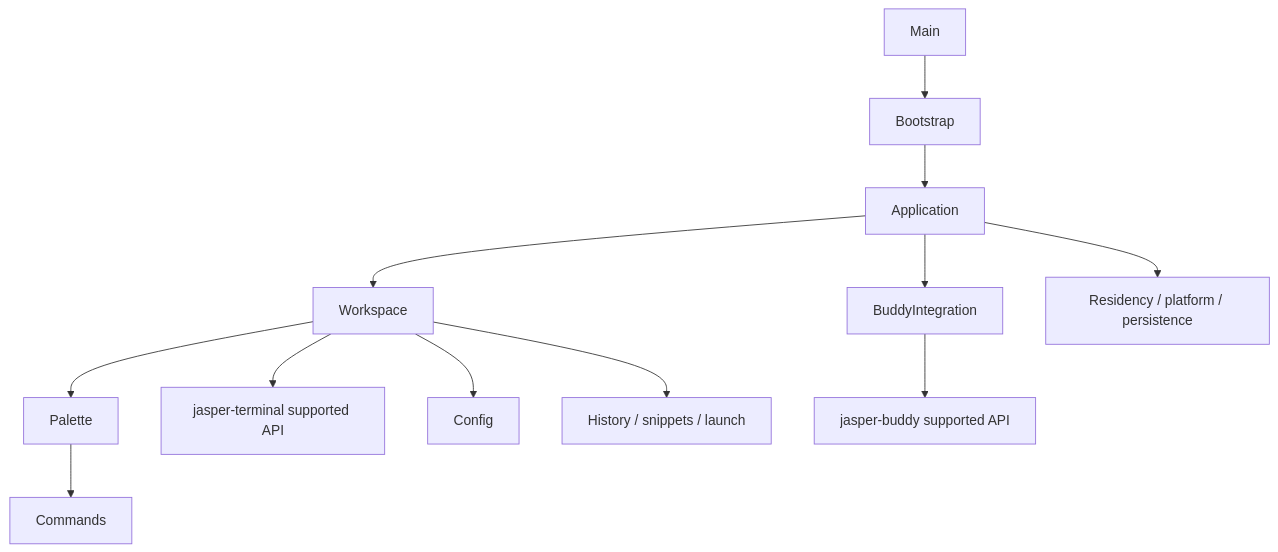
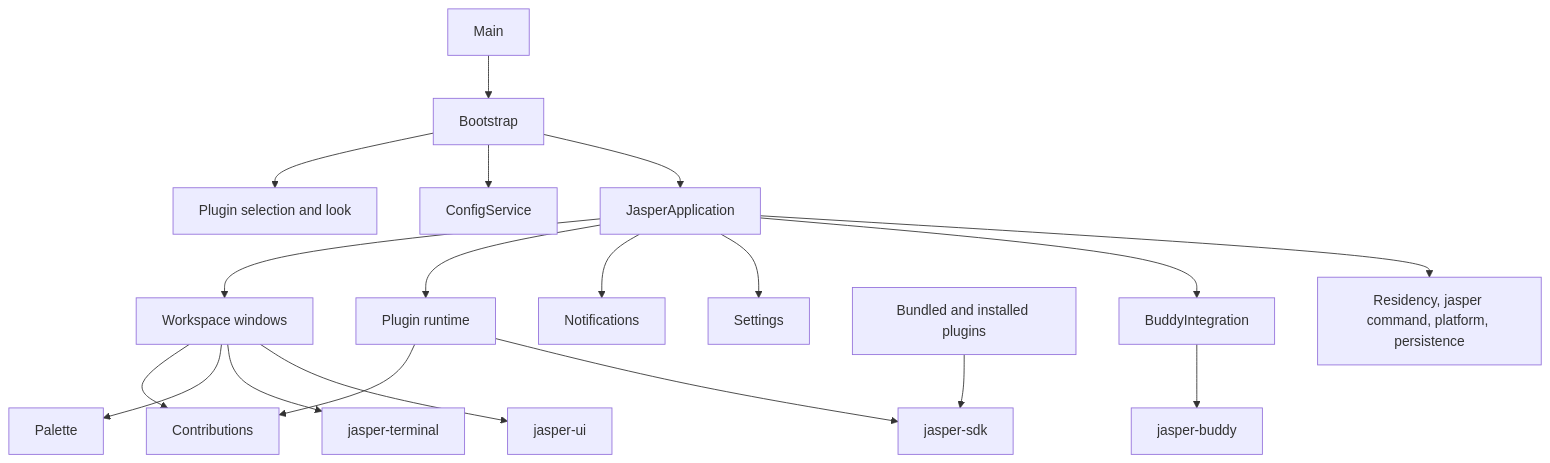
The first of 2 diagrams in docs/app-architecture.md (an0nn30/Jasper), drawn with Mermaid before and after one commit. The commit also changed other lines of this file and 57 other files, not shown here.

````diff
--- a/docs/app-architecture.md
+++ b/docs/app-architecture.md
@@ -7,14 +11,20 @@
 ```mermaid
 flowchart TD
   Main --> Bootstrap
-  Bootstrap --> Application
-  Application --> Workspace
-  Application --> BuddyIntegration
+  Bootstrap --> Selection["Plugin selection and look"]
+  Bootstrap --> Config["ConfigService"]
+  Bootstrap --> Application["JasperApplication"]
+  Application --> Workspace["Workspace windows"]
+  Application --> Runtime["Plugin runtime"]
+  Application --> Notifications
+  Application --> Settings
+  Runtime --> Contributions
+  Workspace --> Contributions
   Workspace --> Palette
-  Palette --> Commands
-  Workspace --> Terminal["jasper-terminal supported API"]
-  BuddyIntegration --> Buddy["jasper-buddy supported API"]
-  Workspace --> Config
-  Workspace --> Providers["History / snippets / launch"]
-  Application --> Infrastructure["Residency / platform / persistence"]
+  Runtime --> SDK["jasper-sdk"]
+  Plugins["Bundled and installed plugins"] --> SDK
+  Workspace --> Terminal["jasper-terminal"]
+  Workspace --> UI["jasper-ui"]
+  Application --> BuddyIntegration --> Buddy["jasper-buddy"]
+  Application --> Infrastructure["Residency, jasper command, platform, persistence"]
 ```
````
